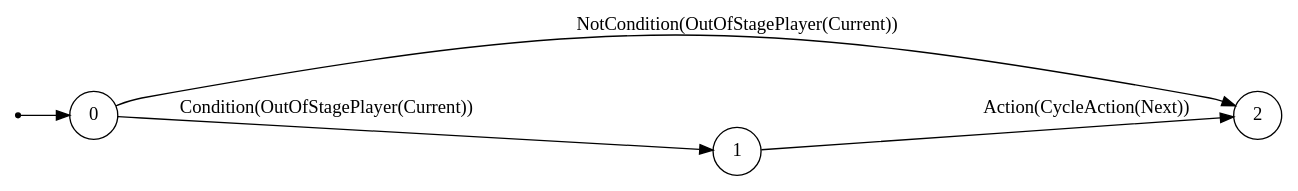
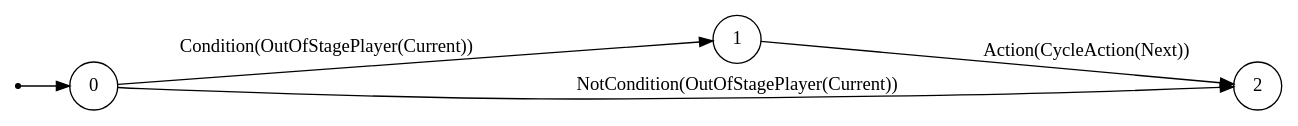
The diagram in ir/tests_out/if_rule.dot (mentalcardgames/mcg), drawn with Graphviz before and after one commit. The commit also changed other lines of this file and 18 other files, not shown here.

```diff
--- a/ir/tests_out/if_rule.dot
+++ b/ir/tests_out/if_rule.dot
@@ -1,9 +1,9 @@
 digraph FSM {
   rankdir=LR;
   node [shape = circle];
+  0 -> 1 [label="Condition(OutOfStagePlayer(Current))"];
   0 -> 2 [label="NotCondition(OutOfStagePlayer(Current))"];
-  0 -> 1 [label="Condition(OutOfStagePlayer(Current))"];
   1 -> 2 [label="Action(CycleAction(Next))"];
   start [shape=point];
   start -> 0;
 }
```
